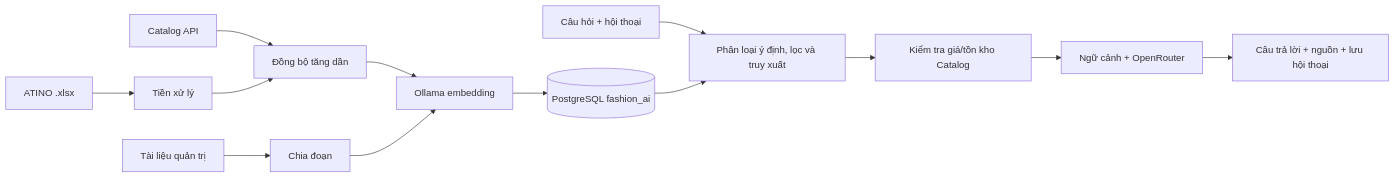
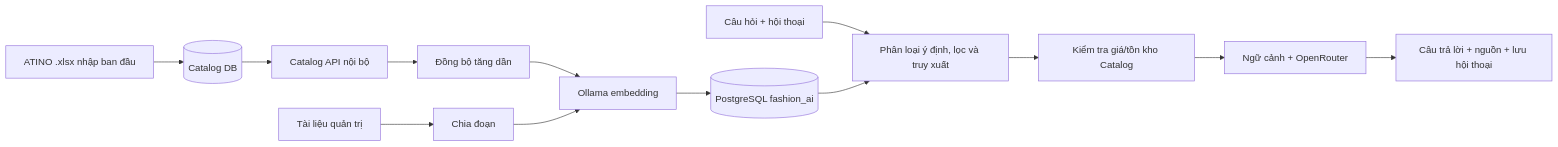
The diagram in docs/reports/quy-trinh-xay-dung-rag.md (cqhvn22/fashion-store), drawn with Mermaid before and after one commit. The commit also changed other lines of this file and 17 other files, not shown here.

````diff
--- a/docs/reports/quy-trinh-xay-dung-rag.md
+++ b/docs/reports/quy-trinh-xay-dung-rag.md
@@ -9,15 +9,15 @@
 ```mermaid
 flowchart LR
-    W[ATINO .xlsx] --> P[Tiền xử lý]
-    C[Catalog API] --> S[Đồng bộ tăng dần]
-    P --> S
+    W[ATINO .xlsx nhập ban đầu] --> C[(Catalog DB)]
+    C --> F[Catalog API nội bộ]
+    F --> S[Đồng bộ tăng dần]
     D[Tài liệu quản trị] --> CH[Chia đoạn]
     S --> E[Ollama embedding]
     CH --> E
     E --> DB[(PostgreSQL fashion_ai)]
     Q[Câu hỏi + hội thoại] --> R[Phân loại ý định, lọc và truy xuất]
     DB --> R
     R --> L[Kiểm tra giá/tồn kho Catalog]
     L --> G[Ngữ cảnh + OpenRouter]
     G --> A[Câu trả lời + nguồn + lưu hội thoại]
 ```
````
